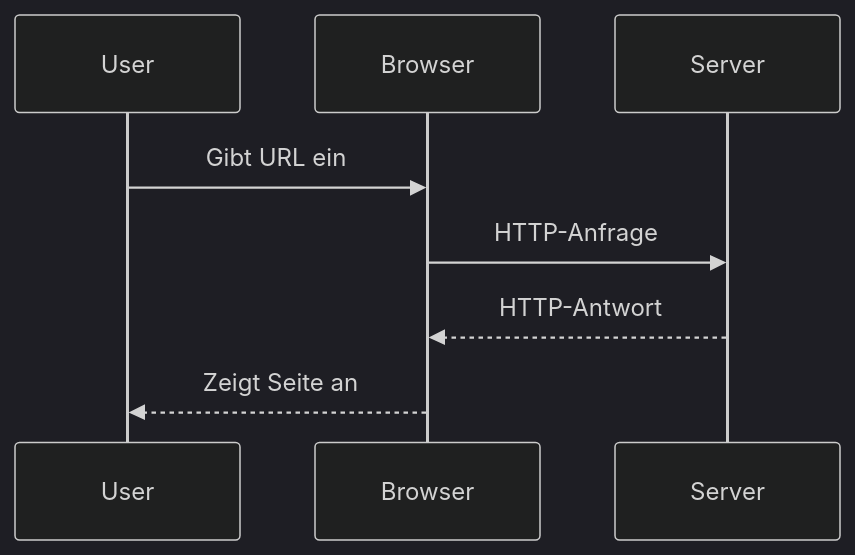
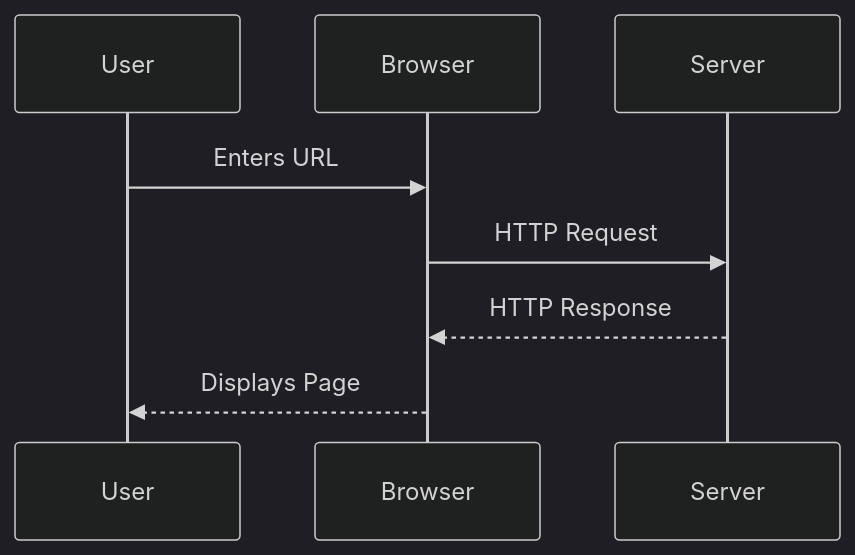
Before and after one commit to docmd-io/docs: the first of 2 diagrams in docmd-main/v08/de/plugins/mermaid.md, drawn with Mermaid (dark theme). The commit also changed other lines of this file and 13 other files, not shown here.

````diff
--- a/docmd-main/v08/de/plugins/mermaid.md
+++ b/docmd-main/v08/de/plugins/mermaid.md
@@ -41,11 +42,11 @@
 ```mermaid
 sequenceDiagram
     participant User
     participant Browser
     participant Server
-    
-    User->>Browser: Gibt URL ein
-    Browser->>Server: HTTP-Anfrage
-    Server-->>Browser: HTTP-Antwort
-    Browser-->>User: Zeigt Seite an
+
+    User->>Browser: Enters URL
+    Browser->>Server: HTTP Request
+    Server-->>Browser: HTTP Response
+    Browser-->>User: Displays Page
 ```
````
